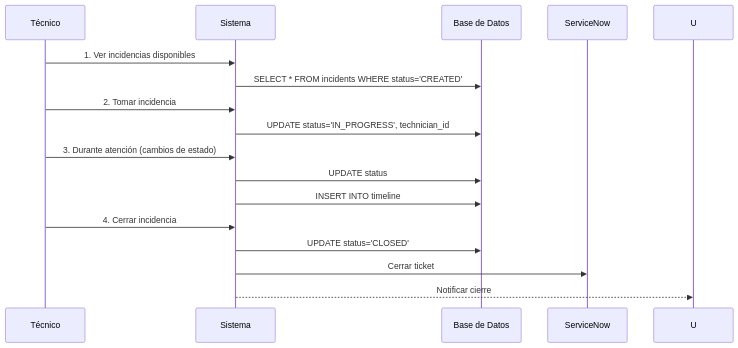
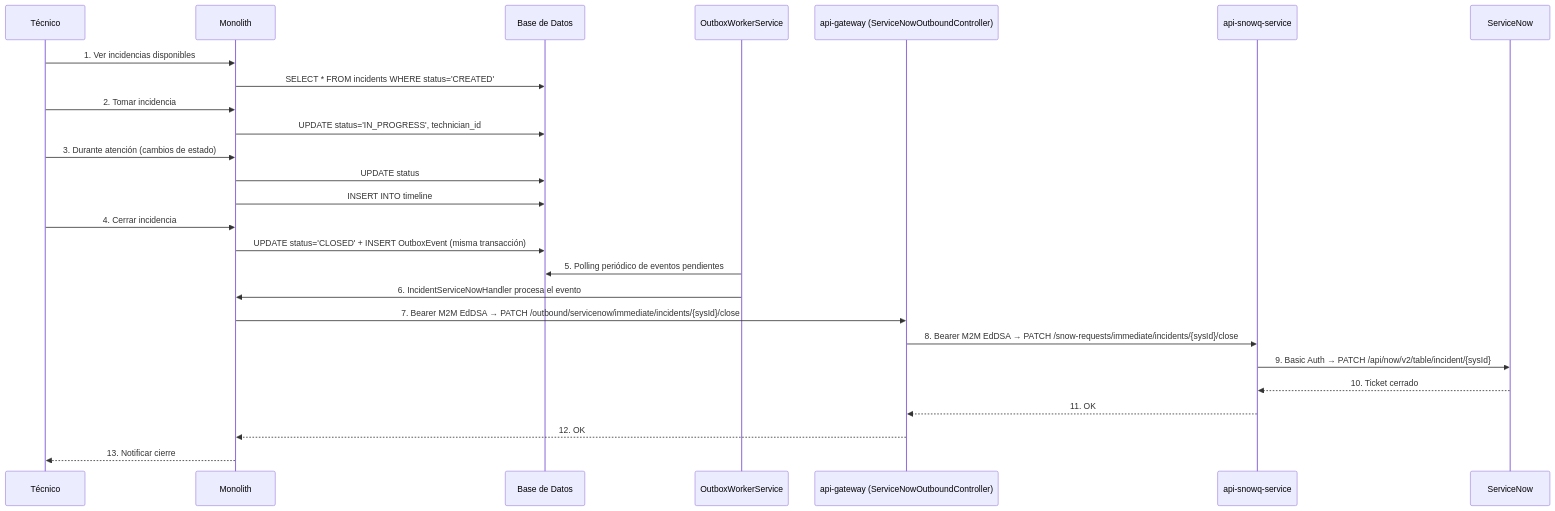
One commit to maironcuellomartinez/monorepo-service changed the third of 4 diagrams in monolito-event-corner_v3/docs/documentation.md. Above: the diagram before and after it, drawn with Mermaid. The commit also changed other lines of this file and 5 other files, not shown here.

First line of the commit message:
docs: corregir documentation.md, abac-guide.md, er-diagram.md, config-strategy.md, seed-data.md, observability.md

````diff
--- a/monolito-event-corner_v3/docs/documentation.md
+++ b/monolito-event-corner_v3/docs/documentation.md
@@ -920,22 +912,33 @@
 ```mermaid
 sequenceDiagram
     participant T as Técnico
-    participant S as Sistema
+    participant S as Monolith
     participant DB as Base de Datos
+    participant OW as OutboxWorkerService
+    participant GW as api-gateway (ServiceNowOutboundController)
+    participant SQ as api-snowq-service
     participant SN as ServiceNow
 
     T->>S: 1. Ver incidencias disponibles
     S->>DB: SELECT * FROM incidents WHERE status='CREATED'
-    
+
     T->>S: 2. Tomar incidencia
     S->>DB: UPDATE status='IN_PROGRESS', technician_id
-    
+
     T->>S: 3. Durante atención (cambios de estado)
     S->>DB: UPDATE status
     S->>DB: INSERT INTO timeline
-    
+
     T->>S: 4. Cerrar incidencia
-    S->>DB: UPDATE status='CLOSED'
-    S->>SN: Cerrar ticket
-    S-->>U: Notificar cierre
+    S->>DB: UPDATE status='CLOSED' + INSERT OutboxEvent (misma transacción)
+
+    OW->>DB: 5. Polling periódico de eventos pendientes
+    OW->>S: 6. IncidentServiceNowHandler procesa el evento
+    S->>GW: 7. Bearer M2M EdDSA → PATCH /outbound/servicenow/immediate/incidents/{sysId}/close
+    GW->>SQ: 8. Bearer M2M EdDSA → PATCH /snow-requests/immediate/incidents/{sysId}/close
+    SQ->>SN: 9. Basic Auth → PATCH /api/now/v2/table/incident/{sysId}
+    SN-->>SQ: 10. Ticket cerrado
+    SQ-->>GW: 11. OK
+    GW-->>S: 12. OK
+    S-->>T: 13. Notificar cierre
 ```
````
